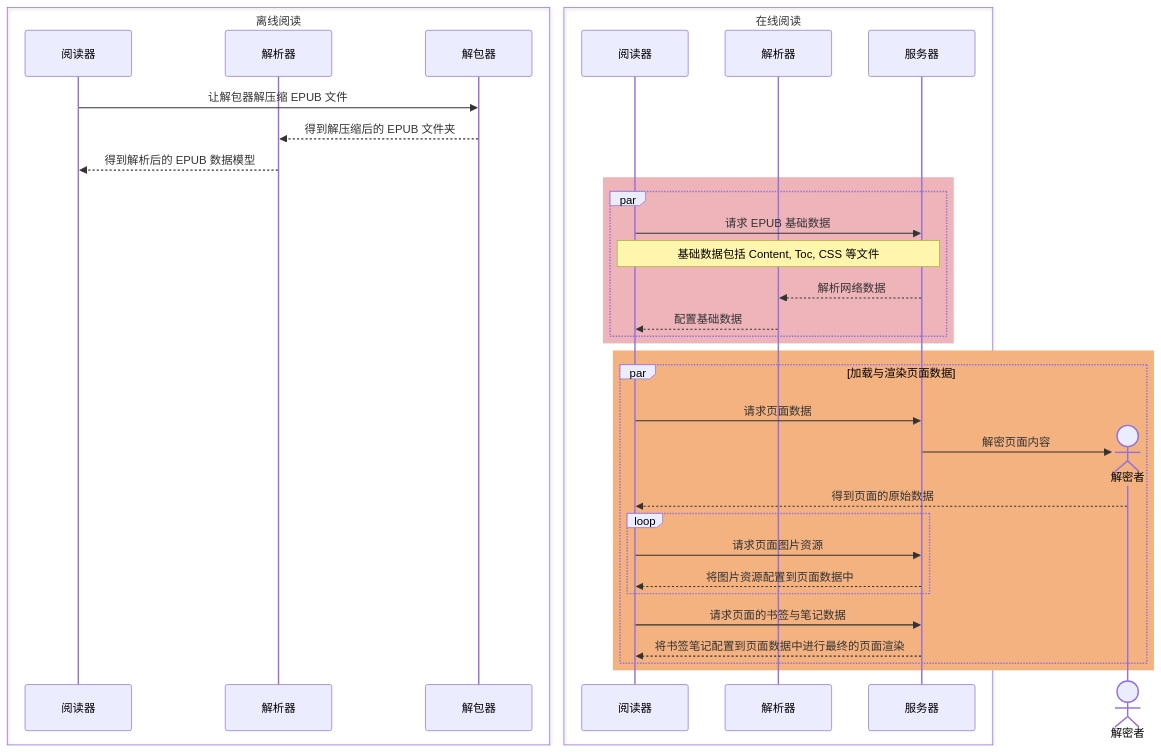
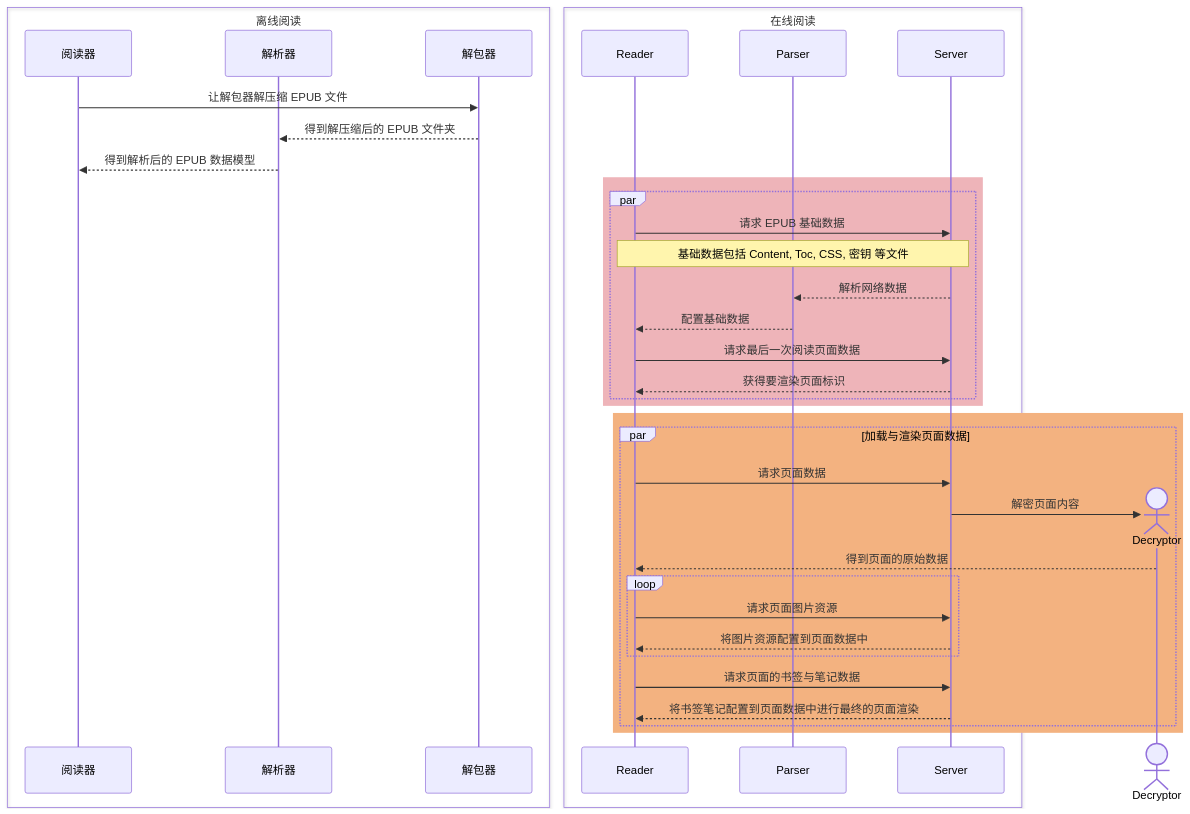
The diagram in content/iOS/Epub.md (overlookart/overlookart.github.io), drawn with Mermaid before and after one commit.

Commit message:
update epub

````diff
--- a/content/iOS/Epub.md
+++ b/content/iOS/Epub.md
@@ -22,39 +22,41 @@
 ``` mermaid
 sequenceDiagram
     box 离线阅读
     participant A as 阅读器
     participant B as 解析器
     participant C as 解包器
     end
     A->>C: 让解包器解压缩 EPUB 文件
     C-->>B: 得到解压缩后的 EPUB 文件夹
     B-->>A: 得到解析后的 EPUB 数据模型
     
     box 在线阅读
-    participant A1 as 阅读器
-    participant B1 as 解析器
-    participant C1 as 服务器
+    participant A1 as Reader
+    participant B1 as Parser
+    participant C1 as Server
     end
     rect rgb(238, 180, 185)
     par
     A1->>C1: 请求 EPUB 基础数据
-    Note over A1,C1: 基础数据包括 Content, Toc, CSS 等文件
+    Note over A1,C1: 基础数据包括 Content, Toc, CSS, 密钥 等文件
     C1-->>B1: 解析网络数据
     B1-->>A1: 配置基础数据
+    A1->>C1: 请求最后一次阅读页面数据
+    C1-->>A1: 获得要渲染页面标识
     end
     end
     rect rgb(243, 178, 128)
     par 加载与渲染页面数据
     A1->>C1: 请求页面数据
-    create actor D as 解密者
+    create actor D as Decryptor
     C1->>D: 解密页面内容
     D-->>A1: 得到页面的原始数据
     loop 
         A1->>C1: 请求页面图片资源
         C1-->>A1: 将图片资源配置到页面数据中
     end
     A1->>C1: 请求页面的书签与笔记数据
     C1-->>A1: 将书签笔记配置到页面数据中进行最终的页面渲染
     end
     end
 ```
````
